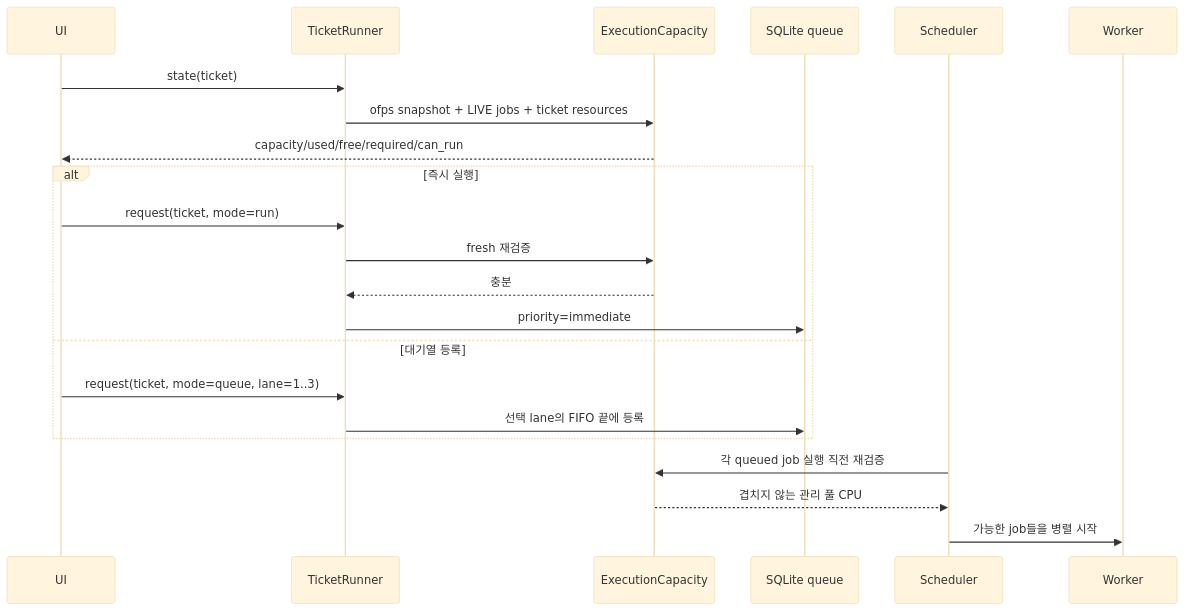
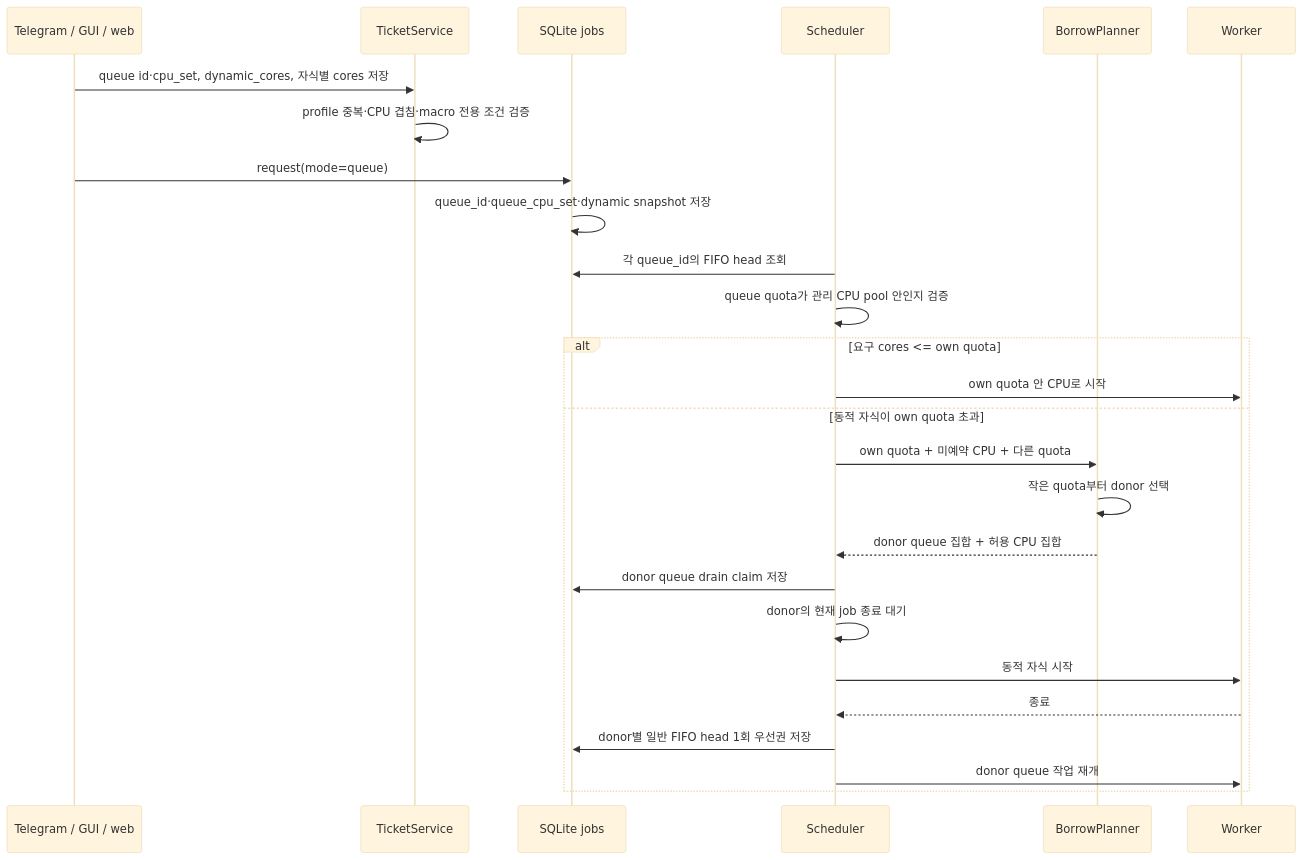
One commit to jo0n-lab/cfd-bot changed the fourth of 4 diagrams in docs/history/2026-10-06-capacity-aware-parallel-execution.md. Above: the diagram before and after it, drawn with Mermaid (base theme). The commit also changed other lines of this file and 57 other files, not shown here.

Commit message:
Add named queue quotas and dynamic macros

````diff
--- a/docs/history/2026-10-06-capacity-aware-parallel-execution.md
+++ b/docs/history/2026-10-06-capacity-aware-parallel-execution.md
@@ -71,24 +68,29 @@
 ```mermaid
 sequenceDiagram
-    participant UI
-    participant Runner as TicketRunner
-    participant Capacity as ExecutionCapacity
-    participant Queue as SQLite queue
+    participant UI as Telegram / GUI / web
+    participant Ticket as TicketService
+    participant DB as SQLite jobs
     participant Scheduler
+    participant Planner as BorrowPlanner
     participant Worker
-    UI->>Runner: state(ticket)
-    Runner->>Capacity: ofps snapshot + LIVE jobs + ticket resources
-    Capacity-->>UI: capacity/used/free/required/can_run
-    alt 즉시 실행
-        UI->>Runner: request(ticket, mode=run)
-        Runner->>Capacity: fresh 재검증
-        Capacity-->>Runner: 충분
-        Runner->>Queue: priority=immediate
-    else 대기열 등록
-        UI->>Runner: request(ticket, mode=queue, lane=1..3)
-        Runner->>Queue: 선택 lane의 FIFO 끝에 등록
+
+    UI->>Ticket: queue id·cpu_set, dynamic_cores, 자식별 cores 저장
+    Ticket->>Ticket: profile 중복·CPU 겹침·macro 전용 조건 검증
+    UI->>DB: request(mode=queue)
+    DB->>DB: queue_id·queue_cpu_set·dynamic snapshot 저장
+    Scheduler->>DB: 각 queue_id의 FIFO head 조회
+    Scheduler->>Scheduler: queue quota가 관리 CPU pool 안인지 검증
+    alt 요구 cores <= own quota
+        Scheduler->>Worker: own quota 안 CPU로 시작
+    else 동적 자식이 own quota 초과
+        Scheduler->>Planner: own quota + 미예약 CPU + 다른 quota
+        Planner->>Planner: 작은 quota부터 donor 선택
+        Planner-->>Scheduler: donor queue 집합 + 허용 CPU 집합
+        Scheduler->>DB: donor queue drain claim 저장
+        Scheduler->>Scheduler: donor의 현재 job 종료 대기
+        Scheduler->>Worker: 동적 자식 시작
+        Worker-->>Scheduler: 종료
+        Scheduler->>DB: donor별 일반 FIFO head 1회 우선권 저장
+        Scheduler->>Worker: donor queue 작업 재개
     end
-    Scheduler->>Capacity: 각 queued job 실행 직전 재검증
-    Capacity-->>Scheduler: 겹치지 않는 관리 풀 CPU
-    Scheduler->>Worker: 가능한 job들을 병렬 시작
 ```
````
